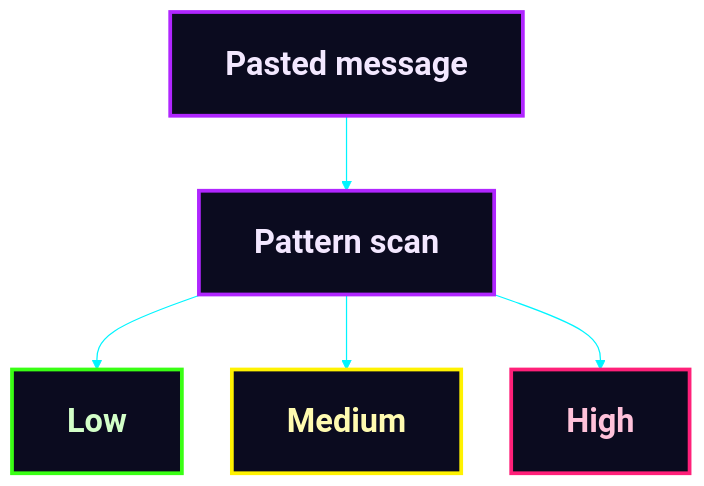
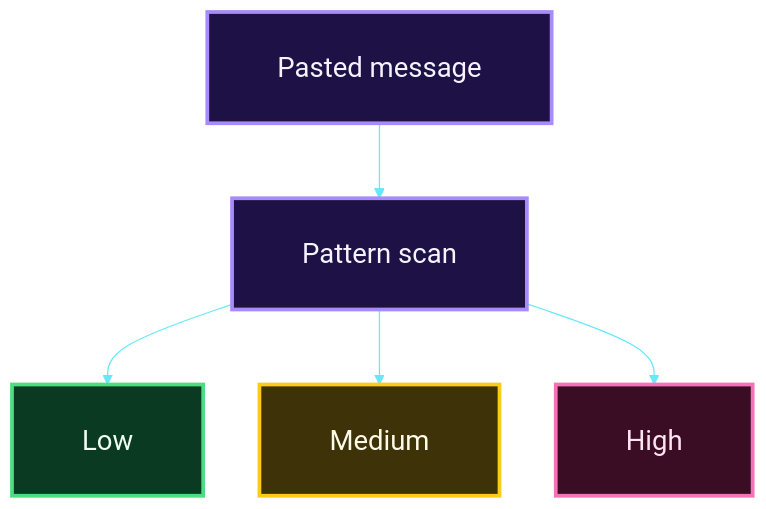
Before and after one commit to Mansi232323/MANSHORA: diagram 11 of 13 in README.md, drawn with Mermaid. The commit also changed other lines of this file, not shown here.

````diff
--- a/README.md
+++ b/README.md
@@ -431,16 +436,16 @@
 ```mermaid
-%%{init: {'theme':'base','themeVariables':{'fontSize':'26px','lineColor':'#00f5ff','clusterBkg':'#0b0b1f','clusterBorder':'#ff00e5','titleColor':'#ff00e5','edgeLabelBackground':'#0b0b1f'},'flowchart':{'nodeSpacing':40,'rankSpacing':60,'padding':22,'htmlLabels':true}}}%%
+%%{init: {'theme':'base','themeVariables':{'fontSize':'22px','fontFamily':'Arial, Helvetica, sans-serif','lineColor':'#67e8f9','clusterBkg':'#0f0f2b','clusterBorder':'#a78bfa','titleColor':'#e9d5ff','edgeLabelBackground':'#0f0f2b'},'flowchart':{'nodeSpacing':45,'rankSpacing':60,'padding':28,'htmlLabels':false,'useMaxWidth':true}}}%%
 flowchart TB
-    M["<b>Pasted message</b>"] --> P["<b>Pattern scan</b>"]
-    P --> L["<b>Low</b>"]
-    P --> Md["<b>Medium</b>"]
-    P --> H["<b>High</b>"]
-    classDef n fill:#0b0b1f,stroke:#b026ff,stroke-width:3px,color:#f3e8ff
-    classDef low fill:#0b0b1f,stroke:#39ff14,stroke-width:3px,color:#d3ffc8
-    classDef mid fill:#0b0b1f,stroke:#fff200,stroke-width:3px,color:#fffbb0
-    classDef high fill:#0b0b1f,stroke:#ff2079,stroke-width:3px,color:#ffc2da
+    M["Pasted message"] --> P["Pattern scan"]
+    P --> L["Low"]
+    P --> Md["Medium"]
+    P --> H["High"]
+    classDef n fill:#1e1145,stroke:#a78bfa,stroke-width:3px,color:#f5f3ff
+    classDef low fill:#0b3a22,stroke:#4ade80,stroke-width:3px,color:#f0fff4
+    classDef mid fill:#3d3208,stroke:#facc15,stroke-width:3px,color:#fffbe6
+    classDef high fill:#3b0d24,stroke:#f472b6,stroke-width:3px,color:#ffe4f0
     class M,P n
     class L low
     class Md mid
     class H high
 ```
````
